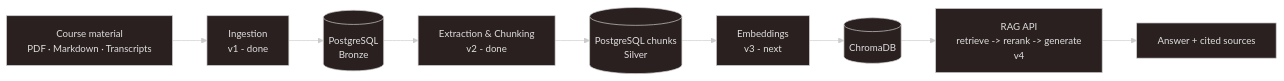
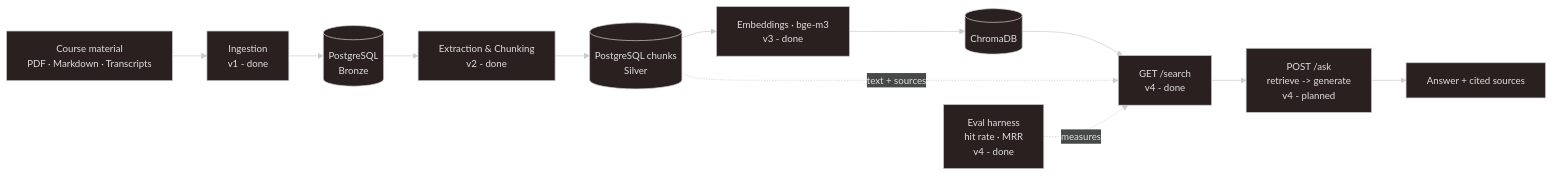
Before and after one commit to JohnnyHyytiainen/project3-kms: the diagram in README.md, drawn with Mermaid. The commit also changed other lines of this file, not shown here.

````diff
--- a/README.md
+++ b/README.md
@@ -19,15 +20,18 @@
 ```mermaid
 ---
 config:
   theme: neo-dark
 ---
 flowchart LR
     SRC["Course material<br/>PDF · Markdown · Transcripts"] --> ING["Ingestion<br/>v1 - done"]
     ING --> BRONZE[("PostgreSQL<br/>Bronze")]
     BRONZE --> EXT["Extraction & Chunking<br/>v2 - done"]
     EXT --> SILVER[("PostgreSQL chunks<br/>Silver")]
-    SILVER --> EMB["Embeddings<br/>v3 - next"]
+    SILVER --> EMB["Embeddings · bge-m3<br/>v3 - done"]
     EMB --> VDB[("ChromaDB")]
-    VDB --> API["RAG API<br/>retrieve -> rerank -> generate<br/>v4"]
-    API --> OUT["Answer + cited sources"]
+    VDB --> SEARCH["GET /search<br/>v4 - done"]
+    SILVER -. "text + sources" .-> SEARCH
+    EVAL["Eval harness<br/>hit rate · MRR<br/>v4 - done"] -. measures .-> SEARCH
+    SEARCH --> ASK["POST /ask<br/>retrieve -> generate<br/>v4 - planned"]
+    ASK --> OUT["Answer + cited sources"]
 ```
````
